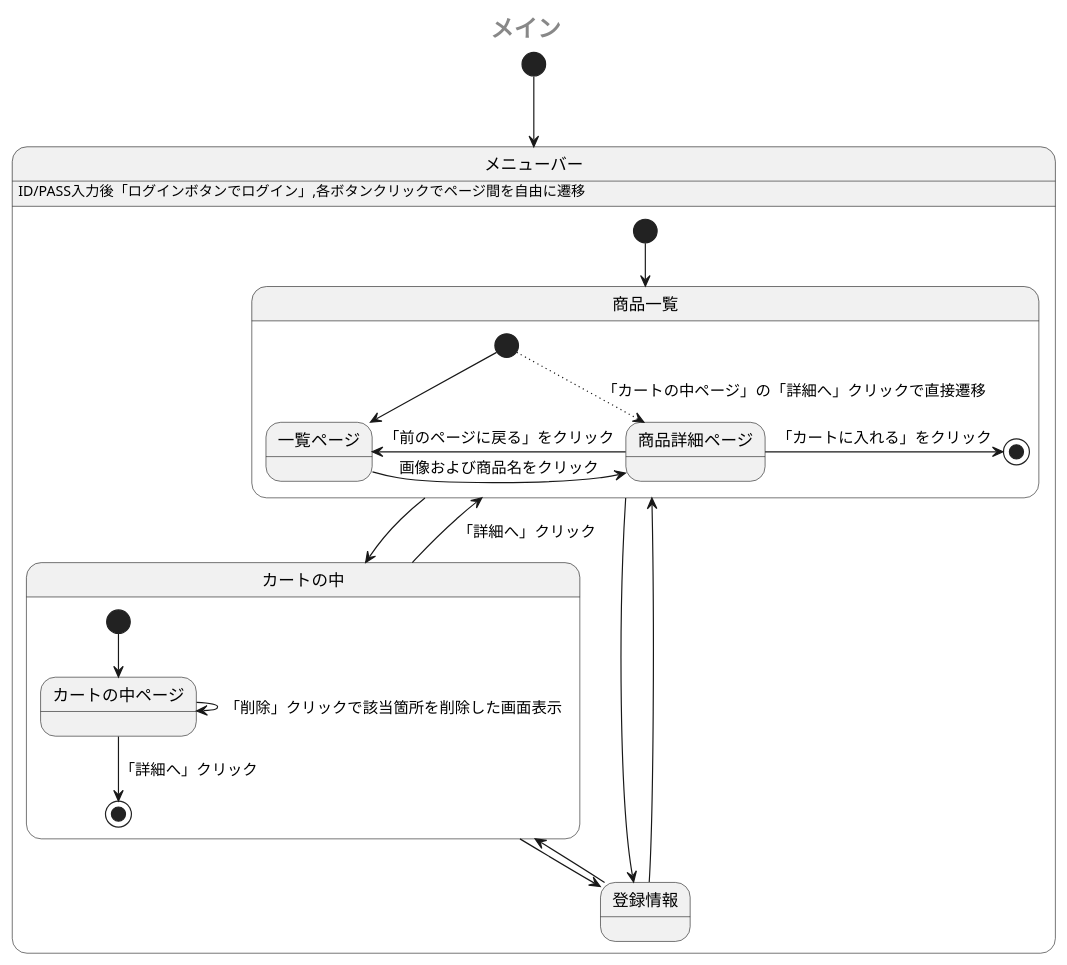
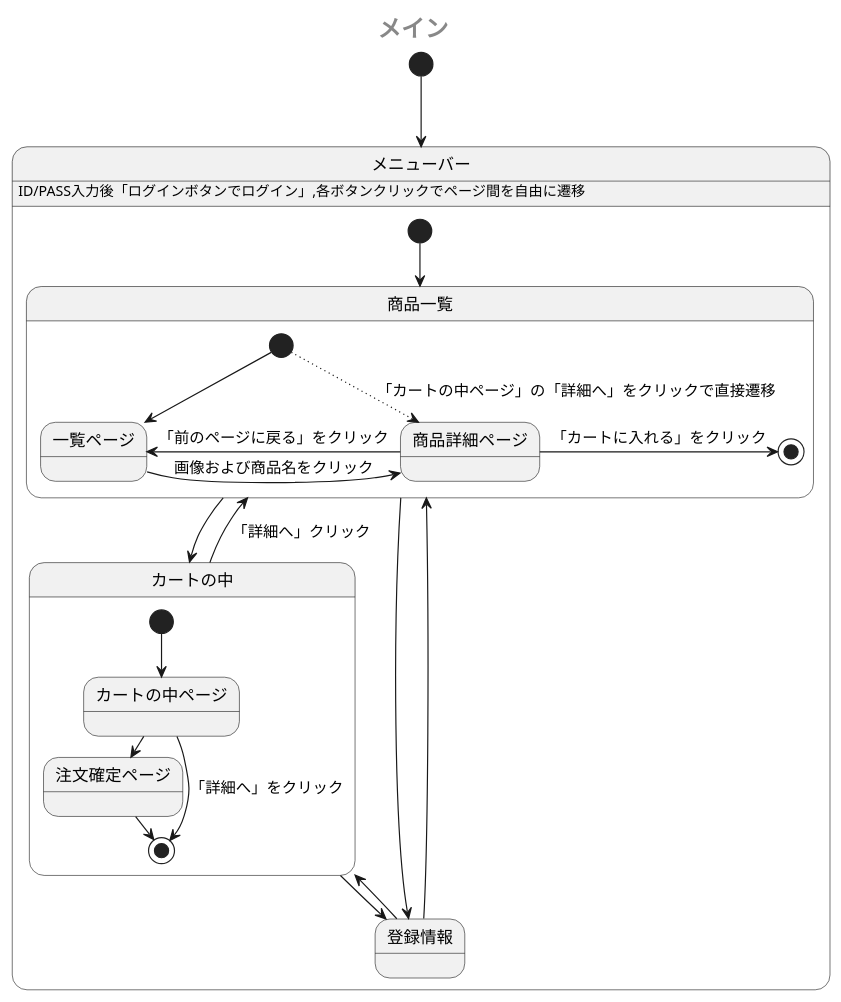
The first of 2 diagrams in sample/StateMachine.md (Aso2001385/2021sys-design), drawn with PlantUML before and after one commit.

````diff
--- a/sample/StateMachine.md
+++ b/sample/StateMachine.md
@@ -1,35 +1,35 @@
 ```uml
 @startuml
  center header <size:20><b>メイン</b></size>
  [*] --> メニューバー
  state メニューバー {
    メニューバー: ID/PASS入力後「ログインボタンでログイン」,各ボタンクリックでページ間を自由に遷移
    [*] --> 商品一覧
    state 商品一覧 {
     [*] --> 一覧ページ
-    [*] -[dotted]-> 商品詳細ページ: 「カートの中ページ」の「詳細へ」クリックで直接遷移
+    [*] -[dotted]-> 商品詳細ページ: 「カートの中ページ」の「詳細へ」をクリックで直接遷移
     一覧ページ -right-> 商品詳細ページ: 画像および商品名をクリック
     商品詳細ページ -left-> 一覧ページ: 「前のページに戻る」をクリック
     商品詳細ページ -right-> [*]: 「カートに入れる」をクリック
     
    }
    商品一覧 -down-> カートの中
    state カートの中 {
     [*] --> カートの中ページ
-    カートの中ページ --> [*]:「詳細へ」クリック
-    カートの中ページ -right-> カートの中ページ: 「削除」クリックで該当箇所を削除した画面表示
-    カートの中ページ -[hidden]-> カートの中ページ
+    カートの中ページ --> [*]:「詳細へ」をクリック
+    カートの中ページ -> 注文確定ページ:「注文確定」をクリック 
+    注文確定ページ -> [*]: 「商品一覧へ戻る」をクリック
    }
    カートの中 -up-> 商品一覧:「詳細へ」クリック
    カートの中 -down-> 登録情報
    登録情報 -up-> カートの中
    商品一覧 -right-> 登録情報
    商品一覧 -[hidden]> 登録情報
    登録情報 -left-> 商品一覧
    登録情報 -[hidden]> 商品一覧
    
 
  }
  
 @enduml
 ```
````
